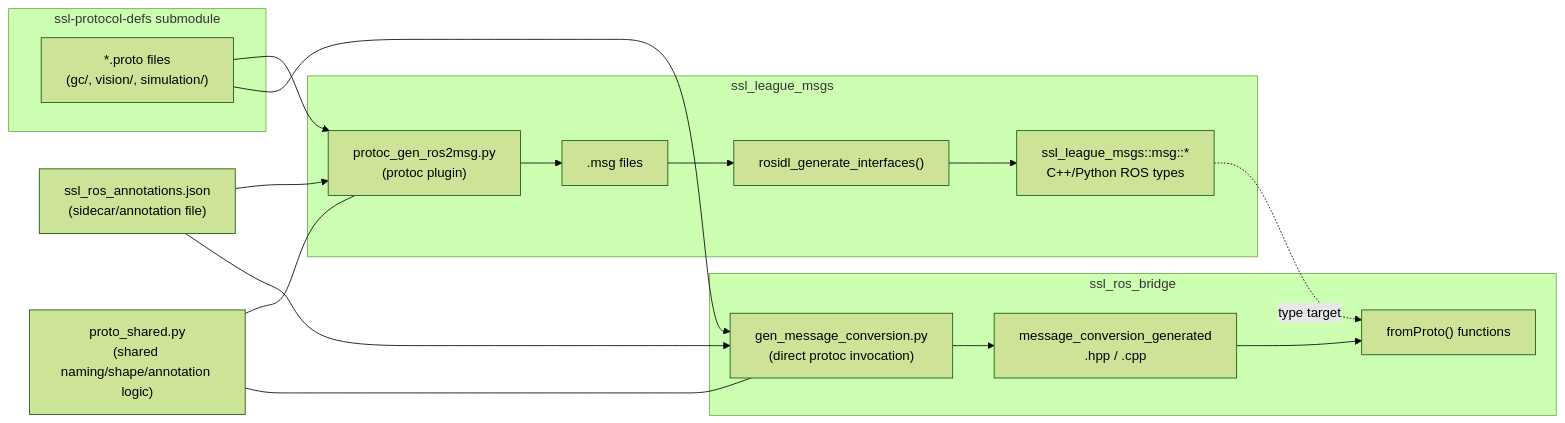
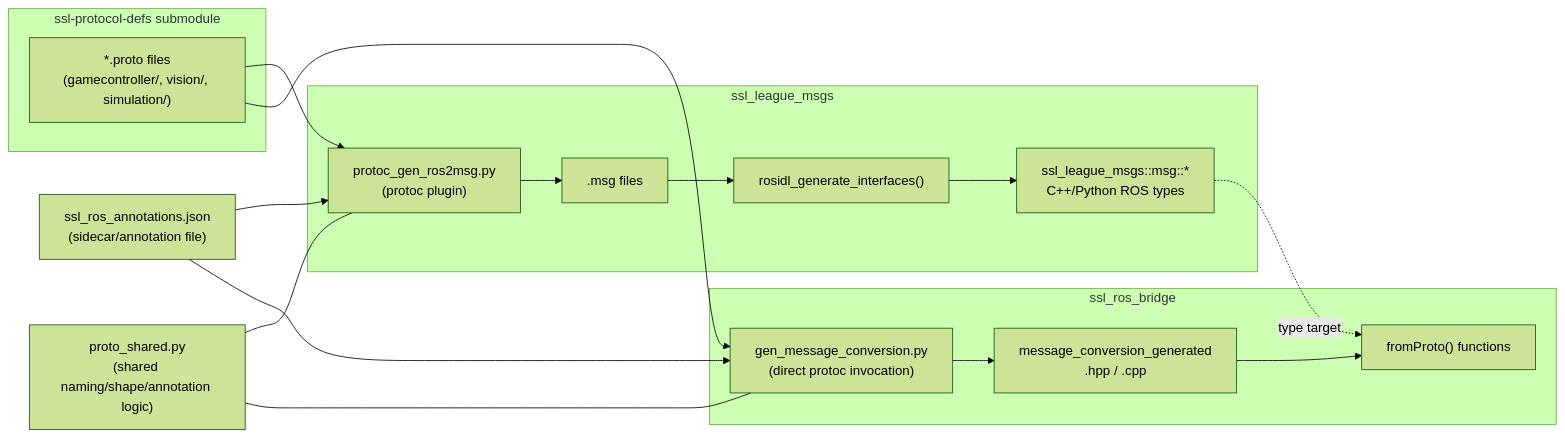
One commit to SSL-A-Team/ssl_ros_bridge changed the second of 4 diagrams in ARCHITECTURE.md. Above: the diagram before and after it, drawn with Mermaid (forest theme). The commit also changed 5 other files, not shown here.

````diff
--- a/ARCHITECTURE.md
+++ b/ARCHITECTURE.md
@@ -51,33 +51,33 @@
 ```mermaid
 flowchart LR
     subgraph submodule["ssl-protocol-defs submodule"]
-        protos["*.proto files\n(gc/, vision/, simulation/)"]
+        protos["*.proto files\n(gamecontroller/, vision/, simulation/)"]
     end
 
     annotations["ssl_ros_annotations.json\n(sidecar/annotation file)"]
 
     subgraph msgs["ssl_league_msgs"]
         plugin["protoc_gen_ros2msg.py\n(protoc plugin)"]
         msgfiles[".msg files"]
         rosidl["rosidl_generate_interfaces()"]
         rostypes["ssl_league_msgs::msg::*\nC++/Python ROS types"]
     end
 
     subgraph bridgegen["ssl_ros_bridge"]
         convgen["gen_message_conversion.py\n(direct protoc invocation)"]
         convsrc["message_conversion_generated\n.hpp / .cpp"]
         fromproto["fromProto() functions"]
     end
 
     shared["proto_shared.py\n(shared naming/shape/annotation logic)"]
 
     protos --> plugin
     protos --> convgen
     annotations --> plugin
     annotations --> convgen
     shared --- plugin
     shared --- convgen
     plugin --> msgfiles --> rosidl --> rostypes
     convgen --> convsrc --> fromproto
     rostypes -.type target.-> fromproto
 ```
````
